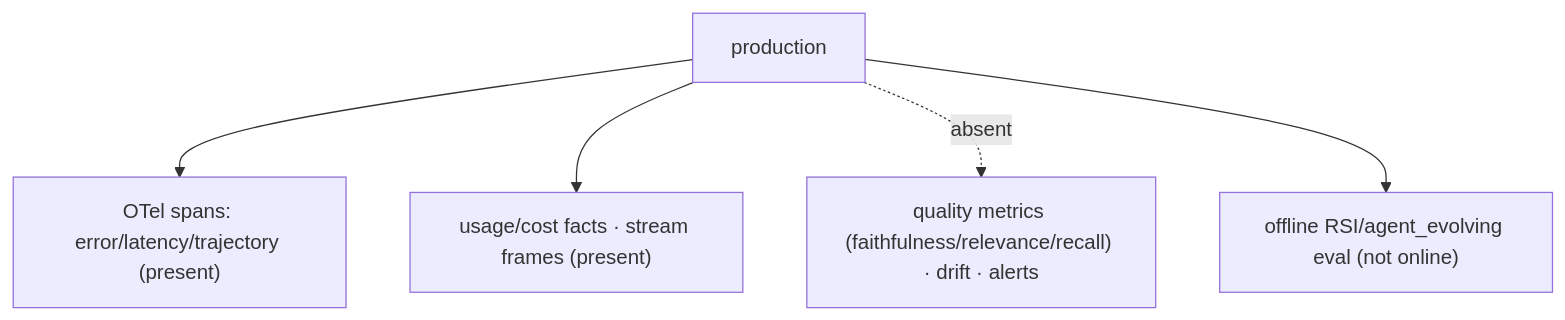
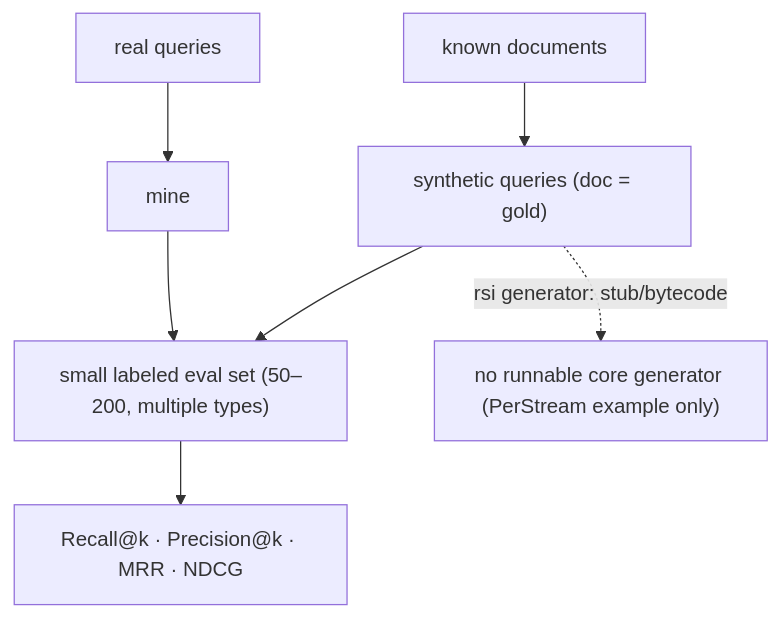
One commit to michaelatamuk/openjiuwen-jiuwenswarm changed the tenth of 21 diagrams in docs-michael/interview_questions/07-evaluation.md. Above: the diagram before and after it, drawn with Mermaid. The commit also changed other lines of this file and 9 other files, not shown here.

````diff
--- a/docs-michael/interview_questions/07-evaluation.md
+++ b/docs-michael/interview_questions/07-evaluation.md
@@ -288,7 +201,9 @@
 ```mermaid
 flowchart TD
-    P["production"] --> SP["OTel spans: error/latency/trajectory (present)"]
-    P --> CO["usage/cost facts · stream frames (present)"]
-    P -.->|"absent"| Q["quality metrics (faithfulness/relevance/recall) · drift · alerts"]
-    P --> OFF["offline RSI/agent_evolving eval (not online)"]
+    LOGS["real queries"] --> MINE["mine"]
+    DOCS["known documents"] --> SYN["synthetic queries (doc = gold)"]
+    MINE --> SET["small labeled eval set (50–200, multiple types)"]
+    SYN --> SET
+    SET --> MET["Recall@k · Precision@k · MRR · NDCG"]
+    SYN -.->|"rsi generator: stub/bytecode"| X["no runnable core generator (PerStream example only)"]
 ```
````
